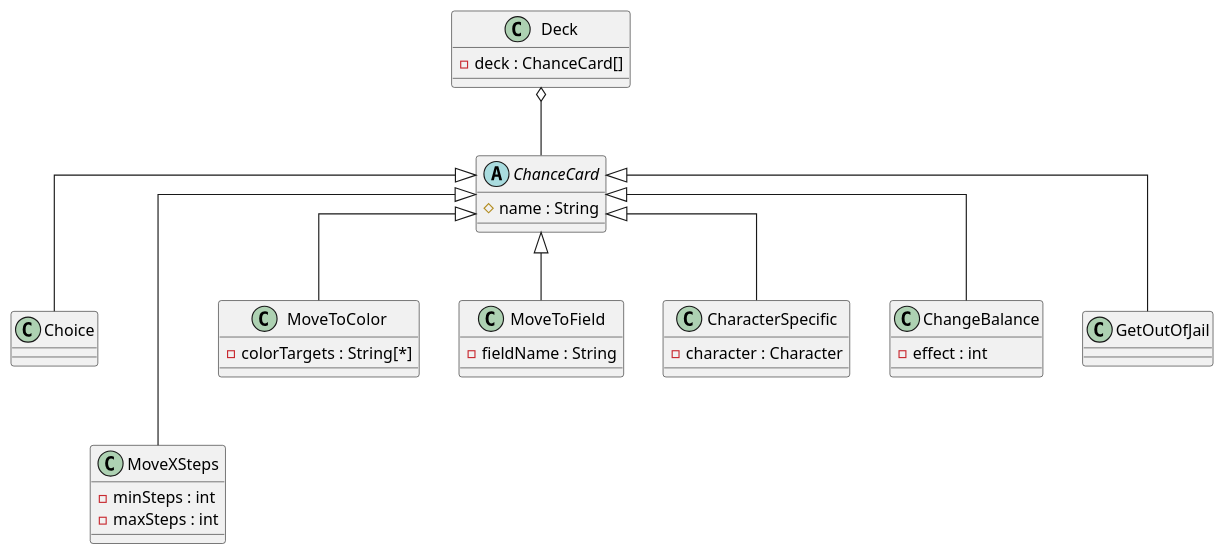
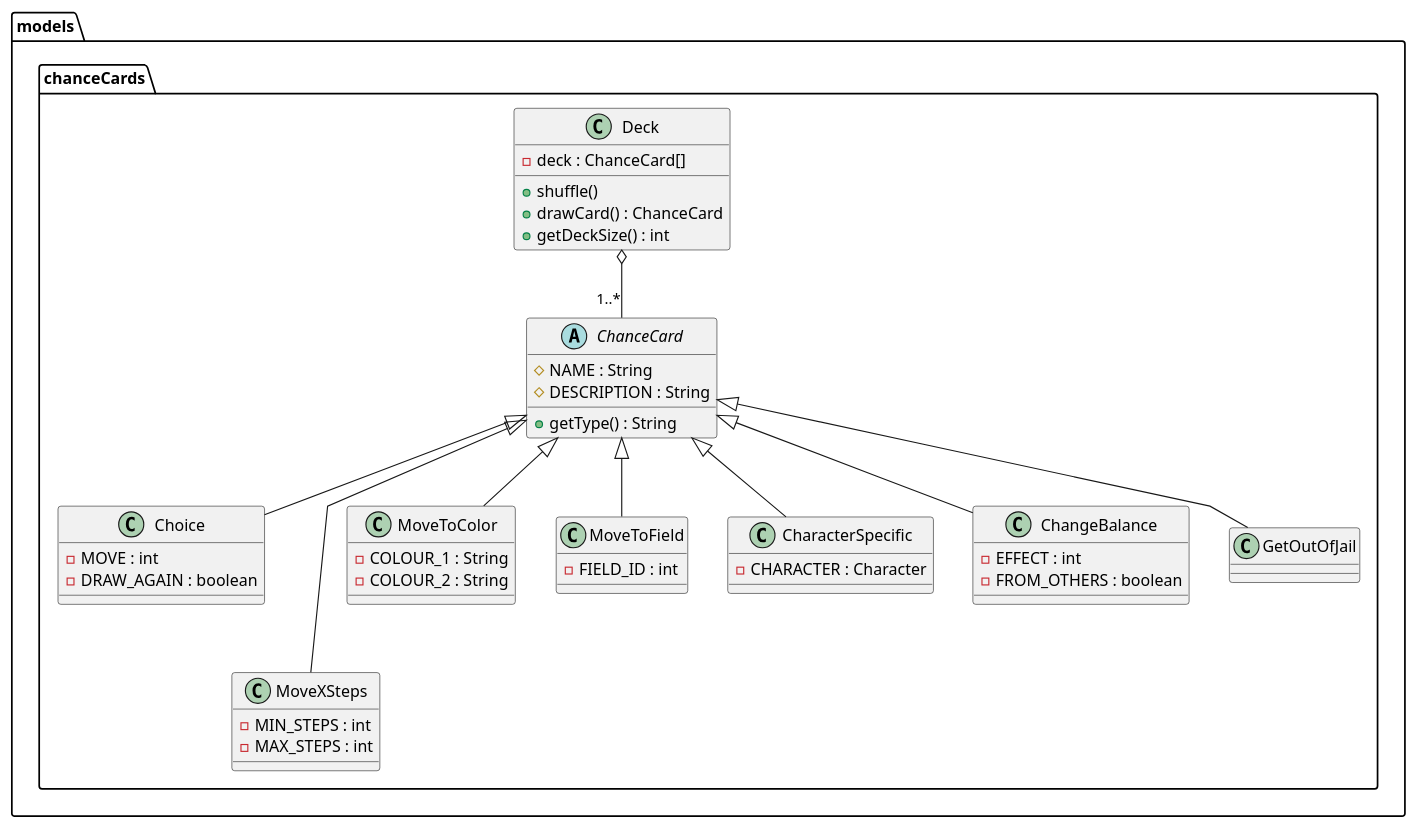
Before and after one commit to Gruppe-10-DTU/CDIO-FINAL: the diagram in src/main/resources/Diagrams/ChanceCardPackage.puml, drawn with PlantUML.

Commit message:
updated diagram to match code

```diff
--- a/src/main/resources/Diagrams/ChanceCardPackage.puml
+++ b/src/main/resources/Diagrams/ChanceCardPackage.puml
@@ -1,51 +1,61 @@
 @startuml
 'https://plantuml.com/class-diagram
-skinparam linetype ortho
+skinparam linetype polyline
 
+
+package models.chanceCards{
 class Deck{
  - deck : ChanceCard[]
+ + shuffle()
+ + drawCard() : ChanceCard
+ + getDeckSize() : int
 }
 
 abstract ChanceCard{
- # name : String
+ # NAME : String
+ # DESCRIPTION : String
+ + getType() : String
 }
 
 class Choice {
-
+ - MOVE : int
+ - DRAW_AGAIN : boolean
 }
 
 class MoveXSteps {
- - minSteps : int
- - maxSteps : int
+ - MIN_STEPS : int
+ - MAX_STEPS : int
 }
 class MoveToColor {
- - colorTargets : String[*]
+ - COLOUR_1 : String
+ - COLOUR_2 : String
 }
 
 class MoveToField {
- - fieldName : String
+ - FIELD_ID : int
 }
 
 class CharacterSpecific {
- - character : Character
+ - CHARACTER : Character
 }
 
 class ChangeBalance {
- - effect : int
+ - EFFECT : int
+ - FROM_OTHERS : boolean
 }
 
 class GetOutOfJail {
-
+}
 }
 
-Deck o-- ChanceCard
+Deck o-- "1..*"ChanceCard
 
 ChanceCard <|-- Choice
 ChanceCard <|--- MoveXSteps
 ChanceCard <|-- MoveToColor
 ChanceCard <|-- MoveToField
 ChanceCard <|-- CharacterSpecific
 ChanceCard <|-- ChangeBalance
 ChanceCard <|-- GetOutOfJail
 
 @enduml
```
